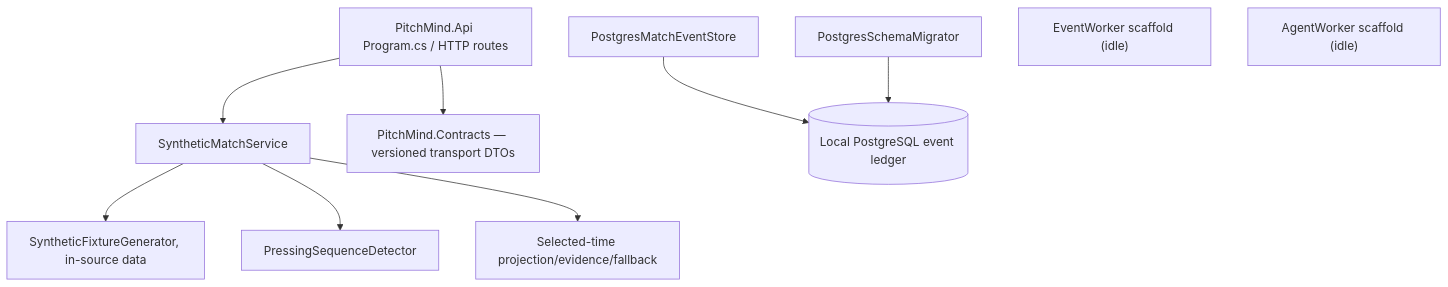
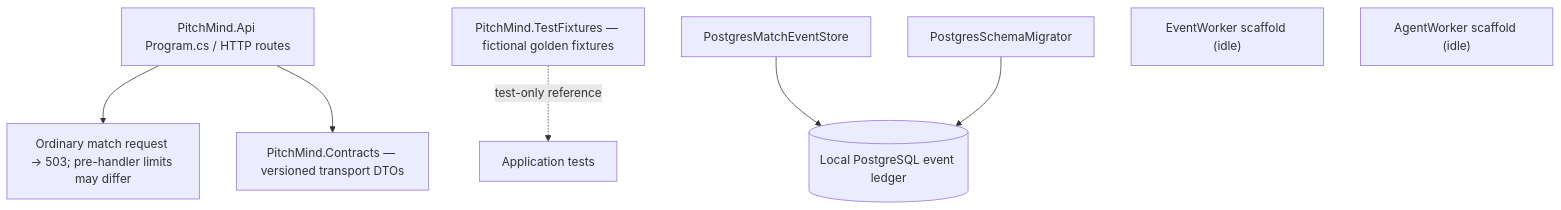
Before and after one commit to prateekgangopadhyay/PitchMind: the first of 2 diagrams in docs/architecture/03-components.md, drawn with Mermaid. The commit also changed other lines of this file and 30 other files, not shown here.

Commit message:
fix(EP01-S01): move match fixtures out of production

````diff
--- a/docs/architecture/03-components.md
+++ b/docs/architecture/03-components.md
@@ -9,12 +9,10 @@
 ```mermaid
 flowchart TB
-  API["PitchMind.Api Program.cs / HTTP routes"] --> Match["SyntheticMatchService"]
+  API["PitchMind.Api Program.cs / HTTP routes"] --> Guard["Ordinary match request → 503; pre-handler limits may differ"]
   API --> Contracts["PitchMind.Contracts — versioned transport DTOs"]
-  Match --> Fixture["SyntheticFixtureGenerator, in-source data"]
-  Match --> Press["PressingSequenceDetector"]
-  Match --> Replay["Selected-time projection/evidence/fallback"]
+  Test["PitchMind.TestFixtures — fictional golden fixtures"] -. "test-only reference" .-> AppTests["Application tests"]
   Ledger["PostgresMatchEventStore"] --> DB[("Local PostgreSQL event ledger")]
   Migrator["PostgresSchemaMigrator"] --> DB
   EventWorker["EventWorker scaffold (idle)"]
   AgentWorker["AgentWorker scaffold (idle)"]
 ```
````
